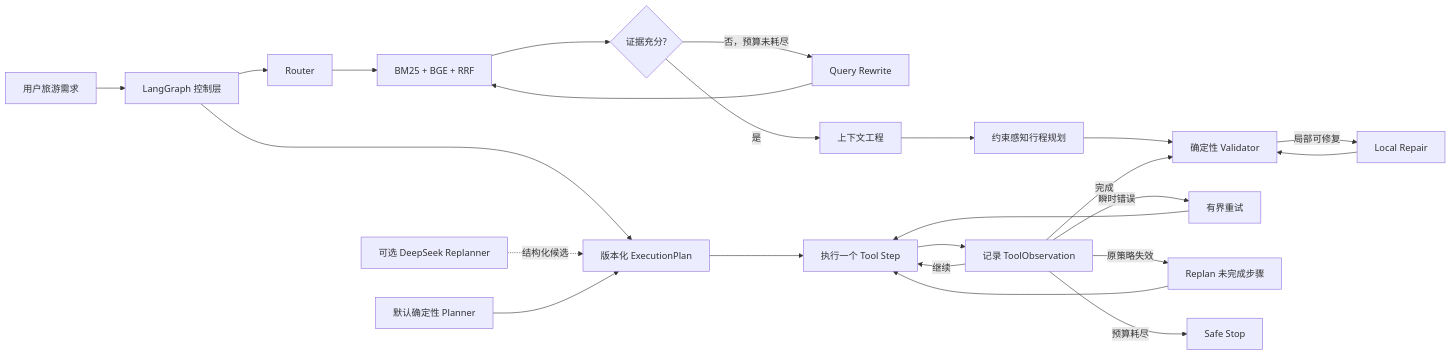
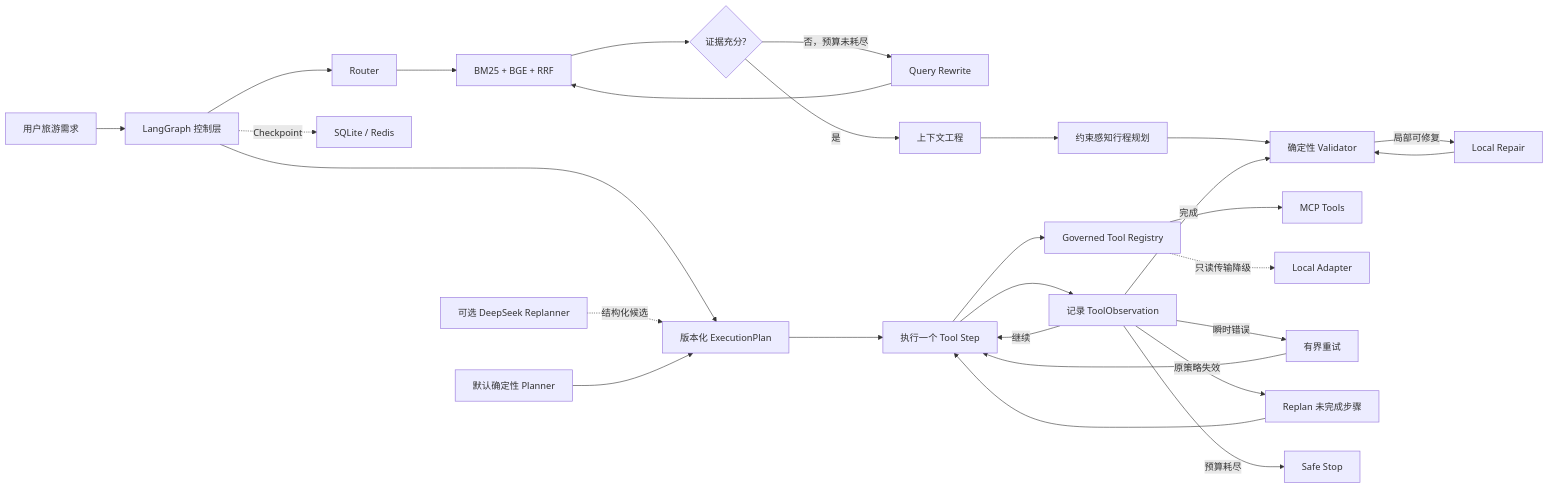
The diagram in README.md (NeoZhao233/travelmind), drawn with Mermaid before and after one commit. The commit also changed other lines of this file and 32 other files, not shown here.

Commit message:
feat: add governed agent harness with MCP and Redis adapters

````diff
--- a/README.md
+++ b/README.md
@@ -26,29 +26,33 @@
 ```mermaid
 flowchart LR
     U[用户旅游需求] --> G[LangGraph 控制层]
 
     G --> R[Router]
     R --> H[BM25 + BGE + RRF]
     H --> E{证据充分?}
     E -->|否，预算未耗尽| Q[Query Rewrite]
     Q --> H
     E -->|是| C[上下文工程]
     C --> P[约束感知行程规划]
     P --> V[确定性 Validator]
     V -->|局部可修复| F[Local Repair]
     F --> V
 
     G --> AP[版本化 ExecutionPlan]
     AP --> A[执行一个 Tool Step]
+    A --> TG[Governed Tool Registry]
+    TG --> M[MCP Tools]
+    TG -.只读传输降级.-> L[Local Adapter]
+    G -.Checkpoint.-> SDB[SQLite / Redis]
     A --> O[记录 ToolObservation]
     O -->|继续| A
     O -->|瞬时错误| T[有界重试]
     T --> A
     O -->|原策略失效| RP[Replan 未完成步骤]
     RP --> A
     O -->|完成| V
     O -->|预算耗尽| S[Safe Stop]
 
     D[可选 DeepSeek Replanner] -. 结构化候选 .-> AP
     DP[默认确定性 Planner] --> AP
 ```
````
